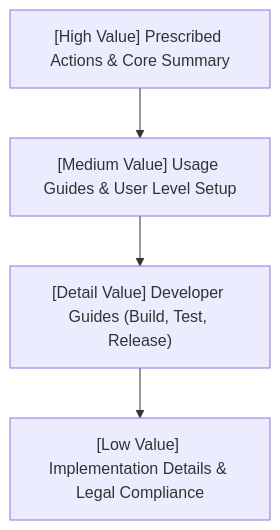
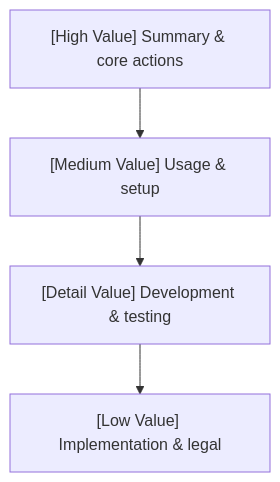
One commit to danicat/speedgrapher changed the diagram in skills/inverted-pyramid/SKILL.md. Above: the diagram before and after it, drawn with Mermaid. The commit also changed other lines of this file and 13 other files, not shown here.

````diff
--- a/skills/inverted-pyramid/SKILL.md
+++ b/skills/inverted-pyramid/SKILL.md
@@ -24,6 +25,6 @@
 ```mermaid
 graph TD
-    A["[High Value] Prescribed Actions & Core Summary"] --> B["[Medium Value] Usage Guides & User Level Setup"]
-    B --> C["[Detail Value] Developer Guides (Build, Test, Release)"]
-    C --> D["[Low Value] Implementation Details & Legal Compliance"]
+    A["[High Value] Summary & core actions"] --> B["[Medium Value] Usage & setup"]
+    B --> C["[Detail Value] Development & testing"]
+    C --> D["[Low Value] Implementation & legal"]
 ```
````
